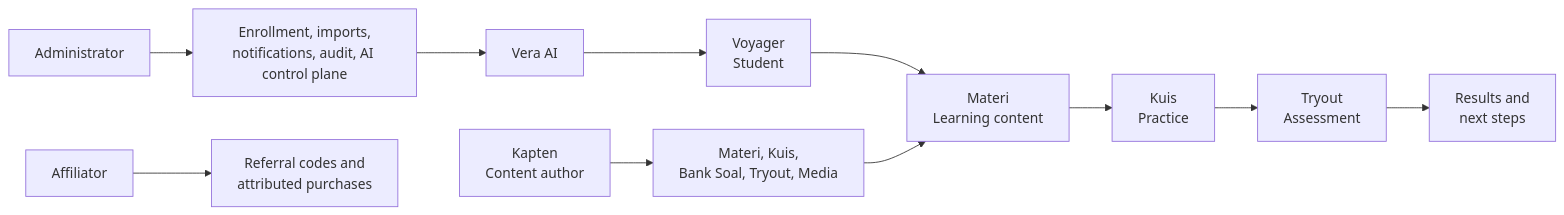
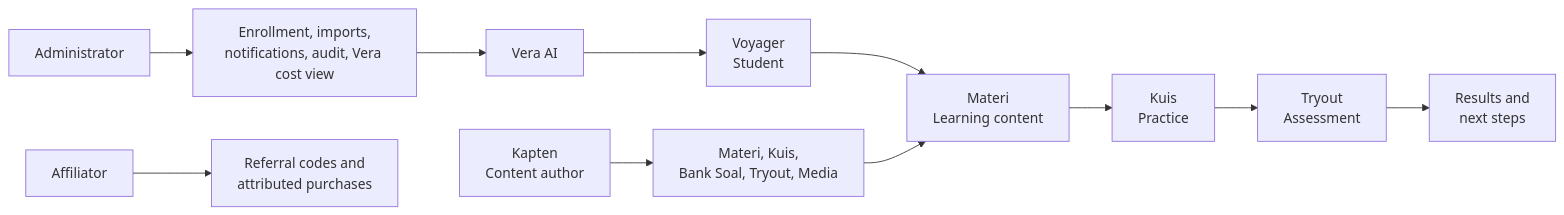
Before and after one commit to crlnravel/vecalss-app: the diagram in docs/wiki/index.md, drawn with Mermaid. The commit also changed other lines of this file and 11 other files, not shown here.

````diff
--- a/docs/wiki/index.md
+++ b/docs/wiki/index.md
@@ -28,13 +28,13 @@
 ```mermaid
 flowchart LR
     Voyager[Voyager\nStudent] --> Materi[Materi\nLearning content]
     Materi --> Kuis[Kuis\nPractice]
     Kuis --> Tryout[Tryout\nAssessment]
     Tryout --> Results[Results and\nnext steps]
     Kapten[Kapten\nContent author] --> Authoring[Materi, Kuis,\nBank Soal, Tryout, Media]
     Authoring --> Materi
-    Admin[Administrator] --> Operations[Enrollment, imports,\nnotifications, audit, AI control plane]
+    Admin[Administrator] --> Operations[Enrollment, imports,\nnotifications, audit, Vera cost view]
     Affiliator[Affiliator] --> Referrals[Referral codes and\nattributed purchases]
     Vera[Vera AI] --> Voyager
     Operations --> Vera
 ```
````
